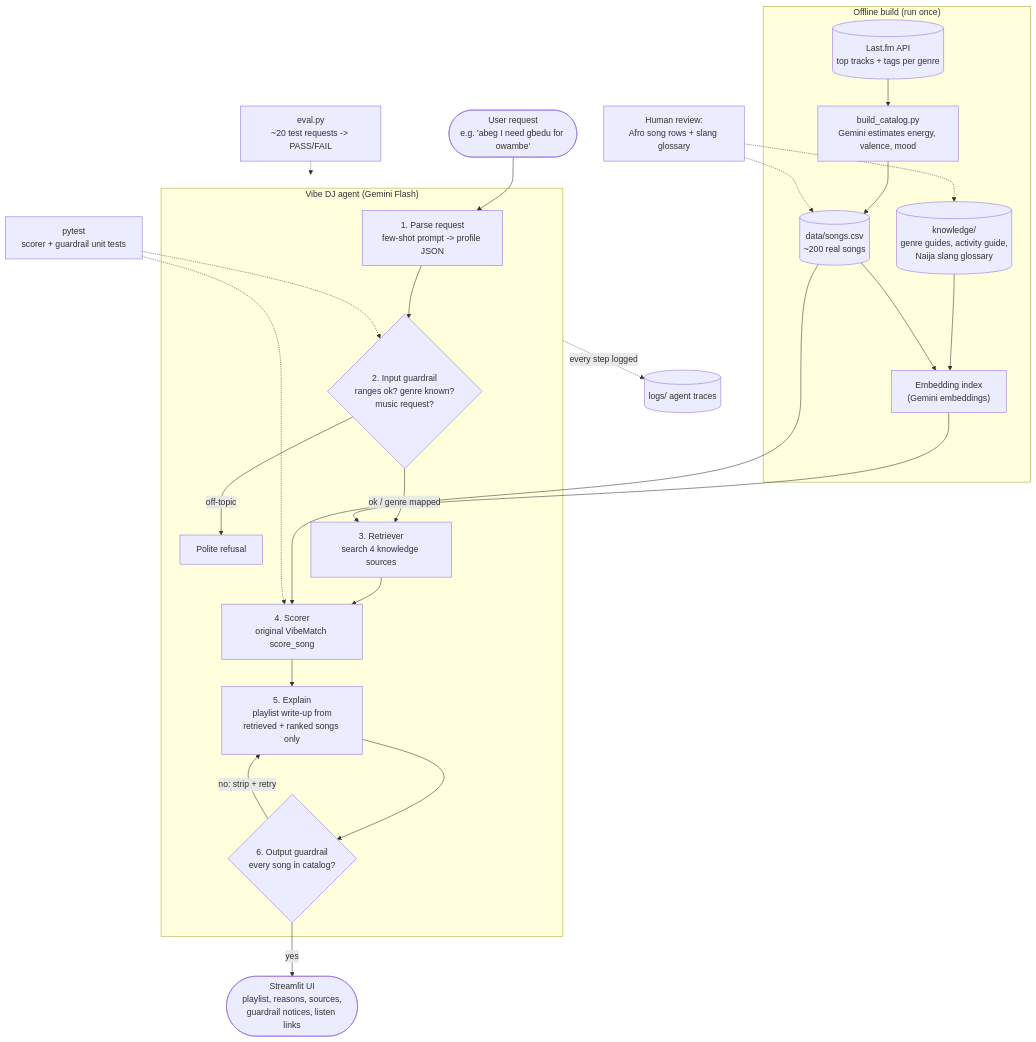
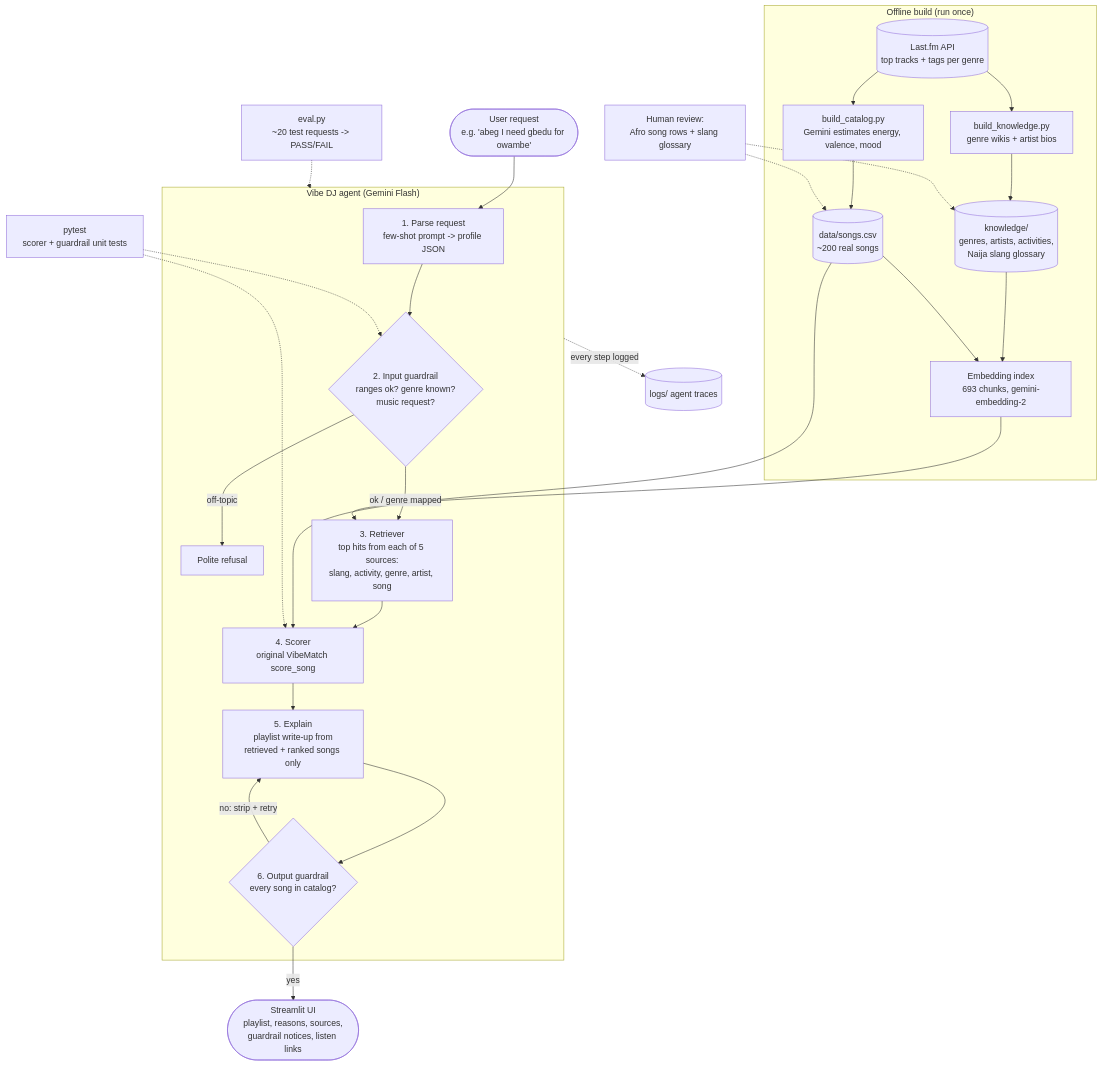
One commit to codeTMN/applied-ai-system-project changed the diagram in diagrams/architecture.mmd. Above: the diagram before and after it, drawn with Mermaid. The commit also changed 11 other files, not shown here.

Commit message:
Add knowledge base and retrieval: slang glossary, activity guide, Last.fm genre/artist guides, Gemini embedding index

```diff
--- a/diagrams/architecture.mmd
+++ b/diagrams/architecture.mmd
@@ -1,33 +1,35 @@
 %% Vibe DJ - system architecture (DRAFT: design target, updated as each part is built)
 %% Solid arrows = data flow. Dotted arrows = where humans or tests check the AI.
 flowchart TD
     subgraph BUILD["Offline build (run once)"]
         LFM[("Last.fm API<br/>top tracks + tags per genre")] --> BC["build_catalog.py<br/>Gemini estimates energy, valence, mood"]
         BC --> CSV[("data/songs.csv<br/>~200 real songs")]
-        KDOCS[("knowledge/<br/>genre guides, activity guide,<br/>Naija slang glossary")] --> IDX["Embedding index<br/>(Gemini embeddings)"]
+        LFM --> KB["build_knowledge.py<br/>genre wikis + artist bios"]
+        KB --> KDOCS
+        KDOCS[("knowledge/<br/>genres, artists, activities,<br/>Naija slang glossary")] --> IDX["Embedding index<br/>693 chunks, gemini-embedding-2"]
         CSV --> IDX
     end
 
     USER(["User request<br/>e.g. 'abeg I need gbedu for owambe'"]) --> PARSE
 
     subgraph AGENT["Vibe DJ agent (Gemini Flash)"]
         PARSE["1. Parse request<br/>few-shot prompt -> profile JSON"] --> GIN{"2. Input guardrail<br/>ranges ok? genre known?<br/>music request?"}
         GIN -- off-topic --> REFUSE["Polite refusal"]
-        GIN -- ok / genre mapped --> RET["3. Retriever<br/>search 4 knowledge sources"]
+        GIN -- ok / genre mapped --> RET["3. Retriever<br/>top hits from each of 5 sources:<br/>slang, activity, genre, artist, song"]
         RET --> SCORE["4. Scorer<br/>original VibeMatch score_song"]
         SCORE --> EXPLAIN["5. Explain<br/>playlist write-up from<br/>retrieved + ranked songs only"]
         EXPLAIN --> GOUT{"6. Output guardrail<br/>every song in catalog?"}
         GOUT -- no: strip + retry --> EXPLAIN
     end
 
     IDX --> RET
     CSV --> SCORE
     GOUT -- yes --> OUT(["Streamlit UI<br/>playlist, reasons, sources,<br/>guardrail notices, listen links"])
 
     AGENT -. every step logged .-> LOGS[("logs/ agent traces")]
 
     HUMAN1["Human review:<br/>Afro song rows + slang glossary"] -.-> CSV
     HUMAN1 -.-> KDOCS
     EVAL["eval.py<br/>~20 test requests -> PASS/FAIL"] -.-> AGENT
     TESTS["pytest<br/>scorer + guardrail unit tests"] -.-> SCORE
     TESTS -.-> GIN
```
